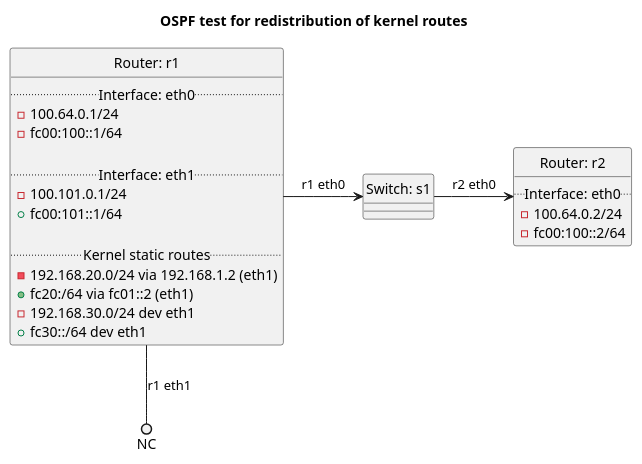
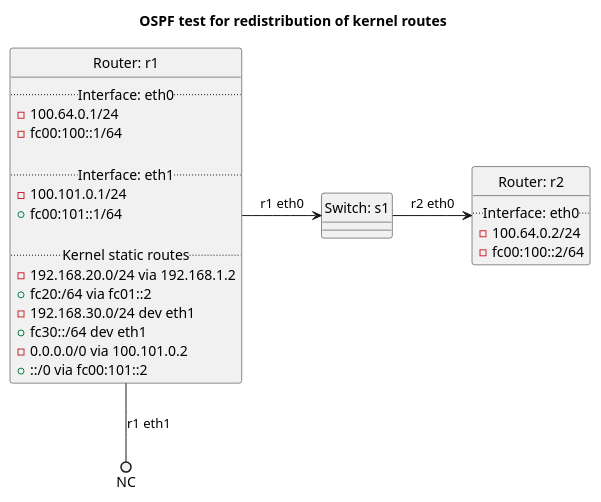
The diagram in tests/t30_ospf/t40_redistribute_kernel/README.md (oscdev-io/birdplan), drawn with PlantUML before and after one commit. The commit also changed 16 other files, not shown here.

````diff
--- a/tests/t30_ospf/t40_redistribute_kernel/README.md
+++ b/tests/t30_ospf/t40_redistribute_kernel/README.md
@@ -16,40 +16,42 @@
 ```plantuml
 @startuml
 hide circle
 title OSPF test for redistribution of kernel routes
 
 
 class "Router: r1" {
   .. Interface: eth0 ..
 - 100.64.0.1/24
 - fc00:100::1/64
 
   .. Interface: eth1 ..
 - 100.101.0.1/24
 + fc00:101::1/64
 
   .. Kernel static routes ..
-- 192.168.20.0/24 via 192.168.1.2 (eth1)
-+ fc20:/64 via fc01::2 (eth1)
+- 192.168.20.0/24 via 192.168.1.2
++ fc20:/64 via fc01::2
 - 192.168.30.0/24 dev eth1
 + fc30::/64 dev eth1
+- 0.0.0.0/0 via 100.101.0.2
++ ::/0 via fc00:101::2
 }
 
 
 class "Router: r2" {
   .. Interface: eth0 ..
 - 100.64.0.2/24
 - fc00:100::2/64
 }
 
 
 
 class "Switch: s1" {}
 
 
 "Router: r1" -> "Switch: s1": r1 eth0
 "Switch: s1" -> "Router: r2": r2 eth0
 "Router: r1" --() NC: r1 eth1
 
 @enduml
 ```
````
